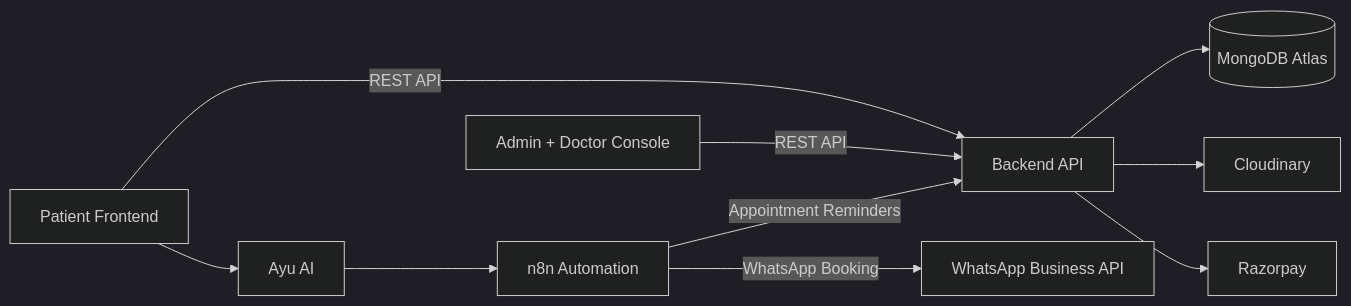
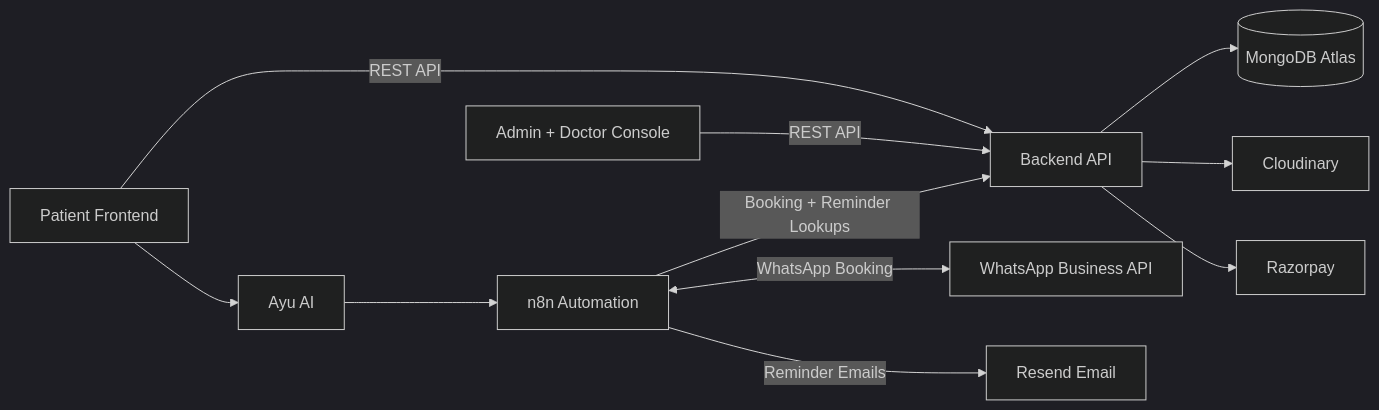
One commit to sujal-ag/Ausadhi changed the diagram in README.md. Above: the diagram before and after it, drawn with Mermaid (dark theme). The commit also changed other lines of this file, not shown here.

````diff
--- a/README.md
+++ b/README.md
@@ -84,25 +82,27 @@
 ```mermaid
 flowchart LR
     P[Patient Frontend]
     A[Admin + Doctor Console]
     B[Backend API]
     DB[(MongoDB Atlas)]
     CL[Cloudinary]
     RP[Razorpay]
     N8N[n8n Automation]
     WA[WhatsApp Business API]
     AYU[Ayu AI]
+    RS[Resend Email]
 
     P -->|REST API| B
     A -->|REST API| B
 
     B --> DB
     B --> CL
     B --> RP
 
     P --> AYU
     AYU --> N8N
 
-    N8N -->|WhatsApp Booking| WA
-    N8N -->|Appointment Reminders| B
+    N8N <-->|WhatsApp Booking| WA
+    N8N -->|Booking + Reminder Lookups| B
+    N8N -->|Reminder Emails| RS
 ```
````
